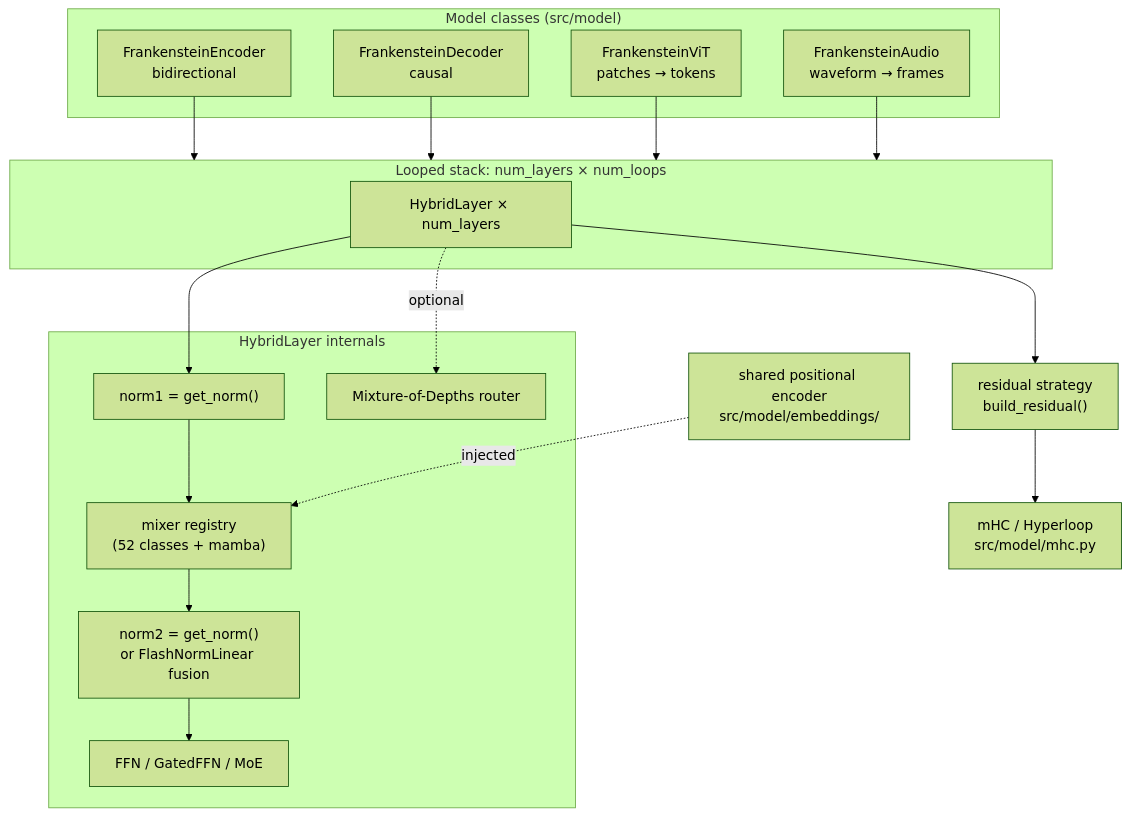
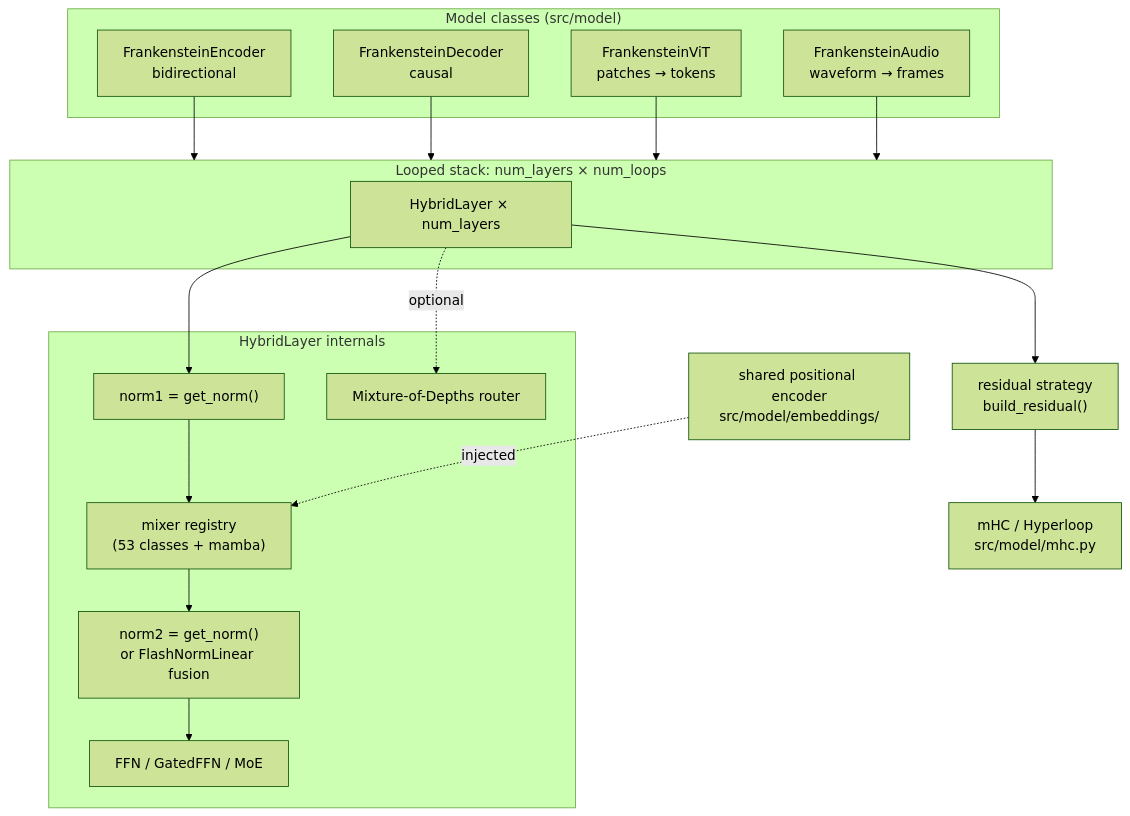
Before and after one commit to erickfmm/erickfmm.github.io: the third of 5 diagrams in frankenstein-transformer/paper/specs/architecture.md, drawn with Mermaid (forest theme). The commit also changed other lines of this file and 34 other files, not shown here.

````diff
--- a/frankenstein-transformer/paper/specs/architecture.md
+++ b/frankenstein-transformer/paper/specs/architecture.md
@@ -233,32 +233,32 @@
 ```mermaid
 flowchart TD
     subgraph MODELS["Model classes (src/model)"]
       ENC["FrankensteinEncoder<br/>bidirectional"]
       DEC["FrankensteinDecoder<br/>causal"]
       VIT["FrankensteinViT<br/>patches → tokens"]
       AUD["FrankensteinAudio<br/>waveform → frames"]
     end
 
     ENC --> LOOP
     DEC --> LOOP
     VIT --> LOOP
     AUD --> LOOP
 
     subgraph LOOP["Looped stack: num_layers × num_loops"]
       HL["HybridLayer × num_layers"]
     end
 
     subgraph HYBRID["HybridLayer internals"]
       N1["norm1 = get_norm()"]
-      MX["mixer registry<br/>(52 classes + mamba)"]
+      MX["mixer registry<br/>(53 classes + mamba)"]
       FF["FFN / GatedFFN / MoE"]
       N2["norm2 = get_norm()<br/>or FlashNormLinear fusion"]
       MOD["Mixture-of-Depths router"]
     end
 
     HL --> N1 --> MX --> N2 --> FF
     HL -. optional .-> MOD
     PE["shared positional encoder<br/>src/model/embeddings/"] -. injected .-> MX
     HL --> RES["residual strategy<br/>build_residual()"]
     RES --> MHC["mHC / Hyperloop<br/>src/model/mhc.py"]
 ```
````
